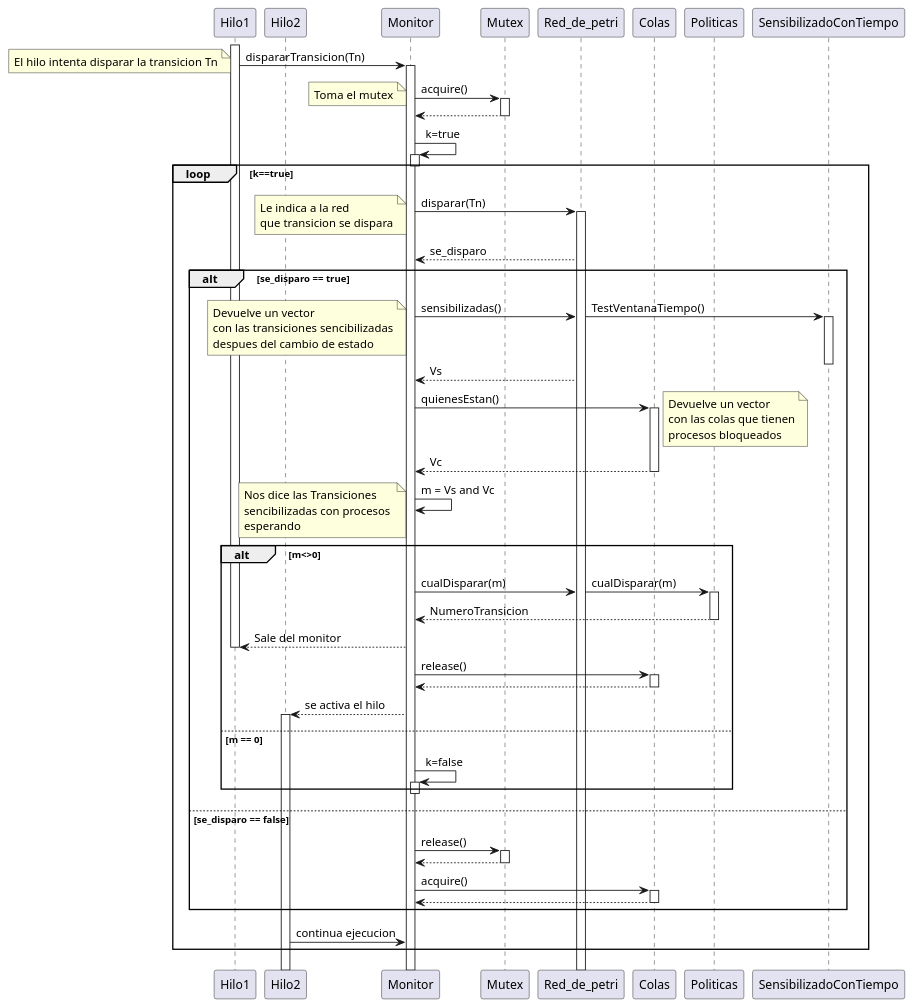
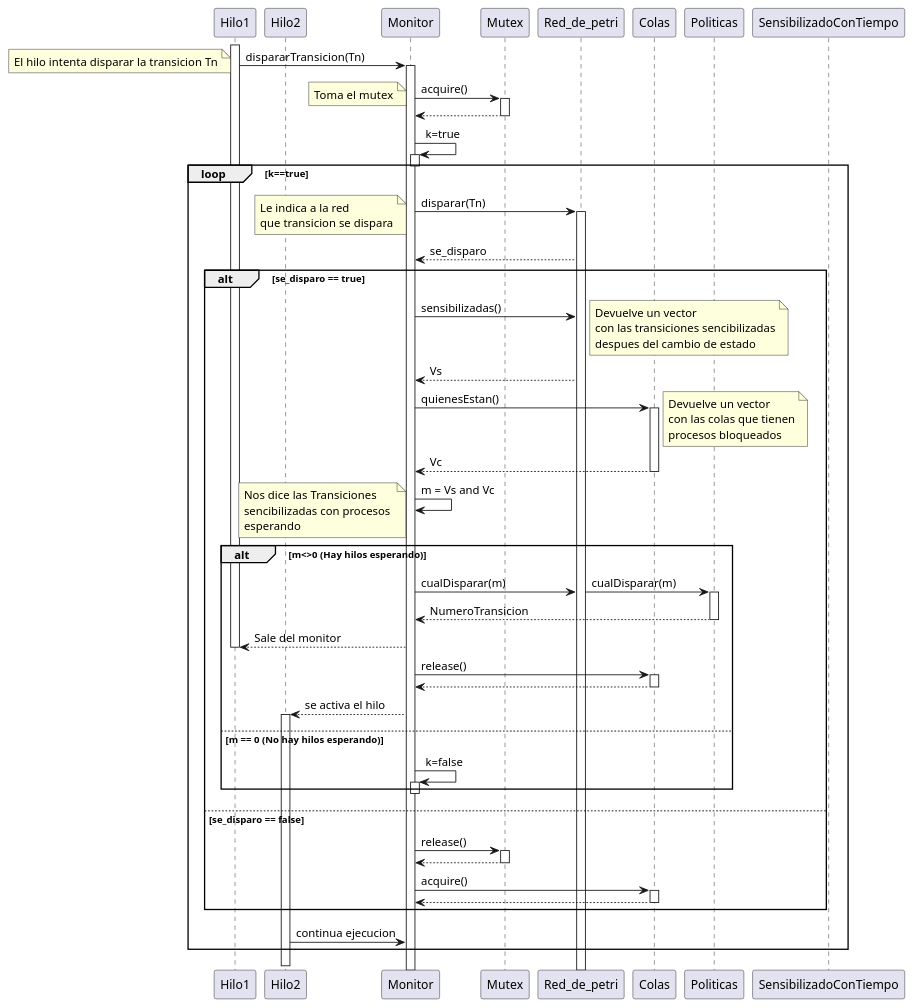
The first of 2 diagrams in doc/diagrama_sec.puml (JosiasTomasnanez/flightAgencyAttendanceMonitor), drawn with PlantUML before and after one commit. The commit also changed other lines of this file, not shown here.

```diff
--- a/doc/diagrama_sec.puml
+++ b/doc/diagrama_sec.puml
@@ -1,98 +1,97 @@
 @startuml secuencia
 !pragma teoz true
 ' Definicion de participantes
 participant Hilo1
 participant Hilo2
 participant Monitor
 participant Mutex
 participant Red_de_petri
 participant Colas 
 participant Politicas
 participant SensibilizadoConTiempo
 
 ' Secuencia
 '' El hilo intenta disparar una Transicion
 activate Hilo1
 Hilo1 -> Monitor : dispararTransicion(Tn)
 note left: El hilo intenta disparar la transicion Tn
 activate Monitor
 
 '' El monitor toma el mutex
 Monitor -> Mutex : acquire()
 note left: Toma el mutex
 activate Mutex
 Mutex --> Monitor
 deactivate Mutex
 
 Monitor -> Monitor : k=true
 activate Monitor
 deactivate Monitor
 
 loop k==true
     Monitor -> Red_de_petri : disparar(Tn)
     note left 
     Le indica a la red 
     que transicion se dispara
     end note
     activate Red_de_petri
     Red_de_petri --> Monitor : se_disparo
     alt se_disparo == true
         Monitor -> Red_de_petri : sensibilizadas()
-        note left
+        note right
         Devuelve un vector
         con las transiciones sencibilizadas
         despues del cambio de estado
         end note
-        & Red_de_petri -> SensibilizadoConTiempo : TestVentanaTiempo()
-        activate SensibilizadoConTiempo
-        deactivate SensibilizadoConTiempo
         Red_de_petri --> Monitor : Vs
         Monitor -> Colas : quienesEstan()
         activate Colas
         note right
         Devuelve un vector
         con las colas que tienen
         procesos bloqueados
         end note
         Colas --> Monitor : Vc
         deactivate Colas
         Monitor -> Monitor : m = Vs and Vc
         note left 
         Nos dice las Transiciones 
         sencibilizadas con procesos 
         esperando
         end note
-        alt m<>0
+        alt m<>0 (Hay hilos esperando)
             Monitor-> Red_de_petri : cualDisparar(m)
             & Red_de_petri -> Politicas : cualDisparar(m)
             activate Politicas
             Politicas --> Monitor : NumeroTransicion
             deactivate Politicas
             Monitor --> Hilo1 : Sale del monitor
             deactivate Hilo1
             Monitor -> Colas : release()
             activate Colas
             Colas --> Monitor
             deactivate Colas
             Monitor --> Hilo2 : se activa el hilo
             activate Hilo2
-        else m == 0
+        else m == 0 (No hay hilos esperando)
             Monitor -> Monitor : k=false
             activate Monitor
             deactivate Monitor
         end
     else se_disparo == false
         Monitor -> Mutex : release()
         activate Mutex
         Mutex --> Monitor
         deactivate Mutex
         Monitor-> Colas : acquire()
         activate Colas
         Colas --> Monitor
         deactivate Colas
 
     end
     Hilo2 -> Monitor : continua ejecucion
 end
+deactivate Hilo2
+
 
 @enduml
```
